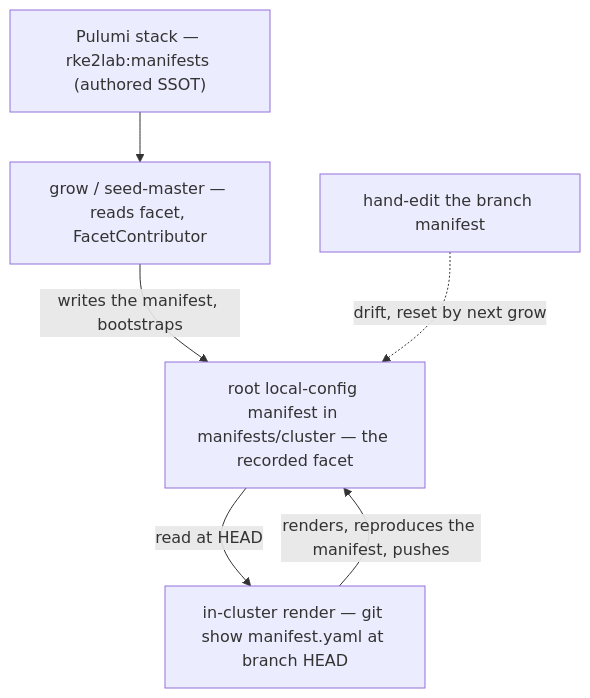
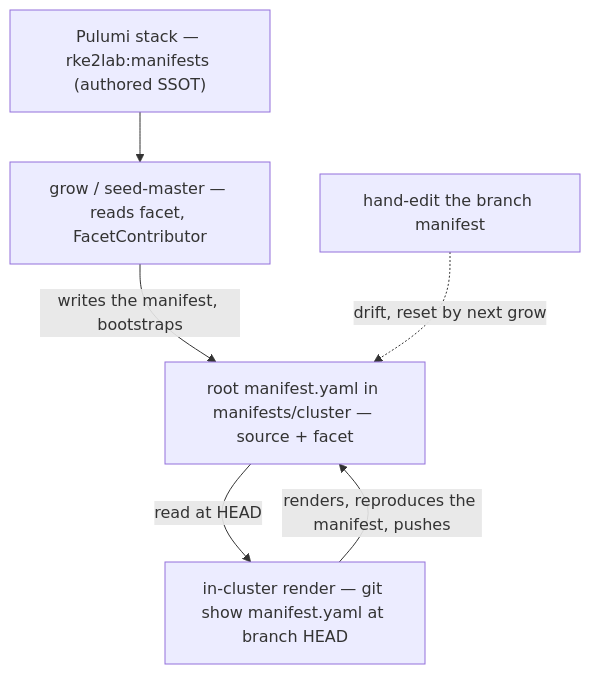
Before and after one commit to nxmatic/rke2lab: the fourth of 4 diagrams in docs/architecture/cluster-api/pac-in-cluster-render-spec.adoc, drawn with Mermaid. The commit also changed other lines of this file and 39 other files, not shown here.

```diff
--- a/docs/architecture/cluster-api/pac-in-cluster-render-spec.adoc
+++ b/docs/architecture/cluster-api/pac-in-cluster-render-spec.adoc
@@ -404,13 +409,13 @@
 [mermaid]
 ....
 flowchart TB
   Stack["Pulumi stack — rke2lab:manifests (authored SSOT)"]
   Grow["grow / seed-master — reads facet, FacetContributor"]
-  Man["root local-config manifest in manifests/cluster — the recorded facet"]
+  Man["root manifest.yaml in manifests/cluster — source + facet"]
   Run["in-cluster render — git show manifest.yaml at branch HEAD"]
   Stack --> Grow
   Grow -->|writes the manifest, bootstraps| Man
   Man -->|read at HEAD| Run
   Run -->|renders, reproduces the manifest, pushes| Man
   Edit["hand-edit the branch manifest"] -.->|drift, reset by next grow| Man
 ....
```
